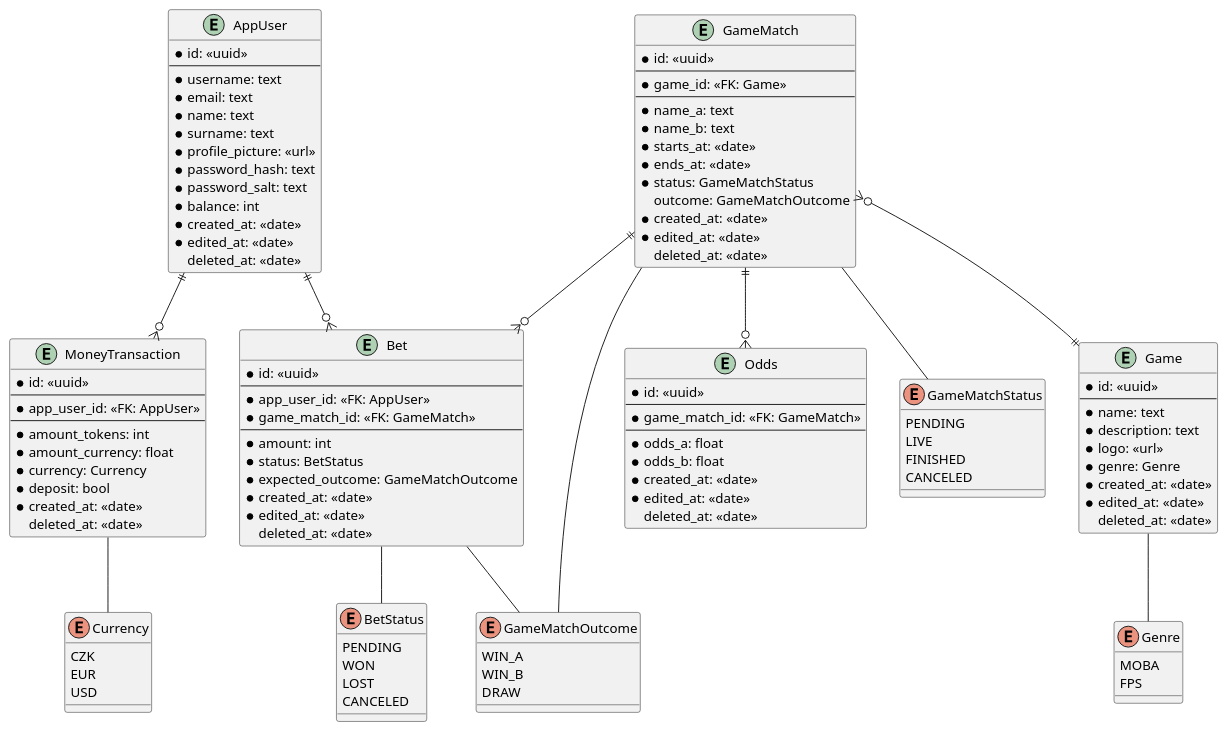
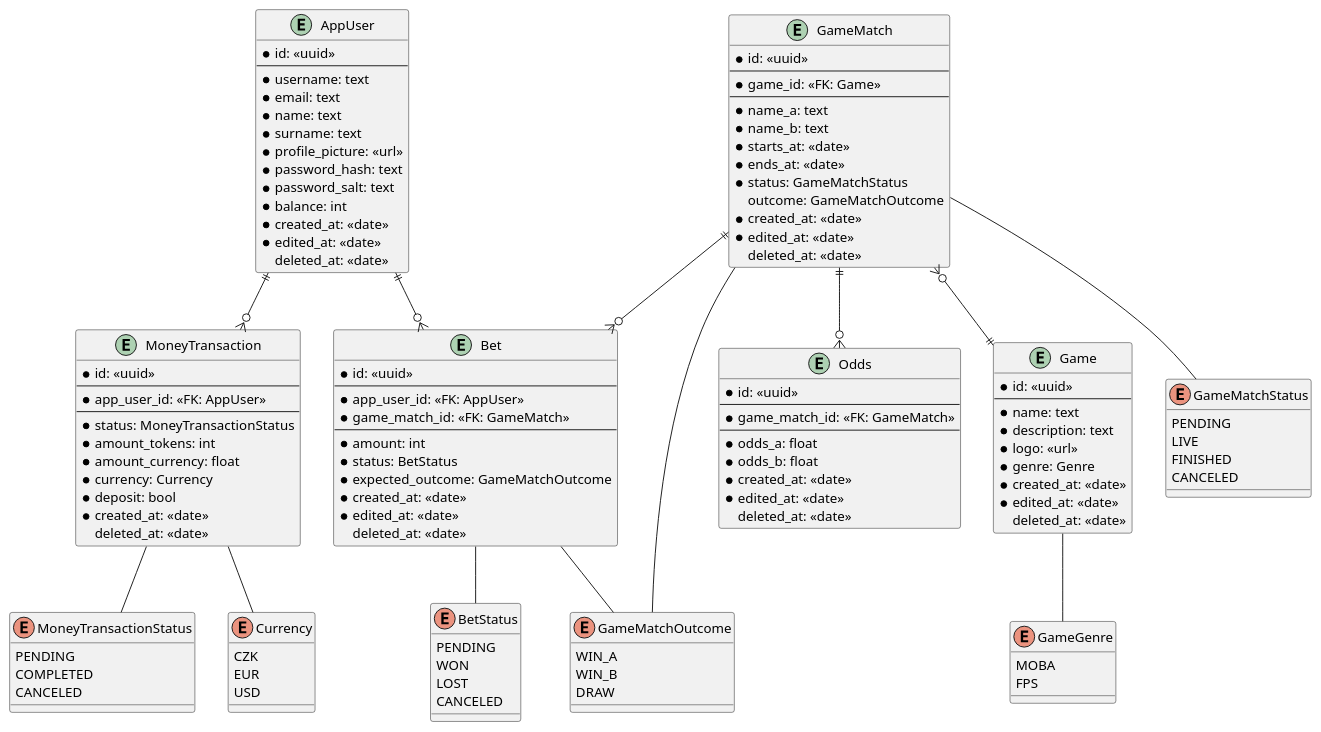
One commit to Average-Rust-Enjoyers/Starbet-Live changed the diagram in docs/starbet.puml. Above: the diagram before and after it, drawn with PlantUML. The commit also changed 14 other files, not shown here.

```diff
--- a/docs/starbet.puml
+++ b/docs/starbet.puml
@@ -1,129 +1,137 @@
 @startuml starbet-live
 
 entity AppUser {
     * id: <<uuid>>
     ---
     * username: text
     * email: text
     * name: text
     * surname: text
     * profile_picture: <<url>>
     * password_hash: text
     * password_salt: text
     * balance: int
     * created_at: <<date>>
     * edited_at: <<date>>
     deleted_at: <<date>>
 }
 
-entity GameMatch {
-    * id: <<uuid>>
-    ---
-    * game_id: <<FK: Game>>
-    ---
-    * name_a: text
-    * name_b: text
-    * starts_at: <<date>>
-    * ends_at: <<date>>
-    * status: GameMatchStatus
-    outcome: GameMatchOutcome
-    * created_at: <<date>>
-    * edited_at: <<date>>
-    deleted_at: <<date>>
-}
-
-enum GameMatchStatus {
-    PENDING
-    LIVE
-    FINISHED
-    CANCELED
-}
-
-enum BetStatus {
-    PENDING
-    WON
-    LOST
-    CANCELED
-}
-
-enum GameMatchOutcome {
-    WIN_A
-    WIN_B
-    DRAW
+enum GameGenre {
+    MOBA
+    FPS
 }
 
 entity Game {
     * id: <<uuid>>
     ---
     * name: text
     * description: text
     * logo: <<url>>
     * genre: Genre
     * created_at: <<date>>
     * edited_at: <<date>>
     deleted_at: <<date>>
 }
 
-entity Bet {
+enum GameMatchStatus {
+    PENDING
+    LIVE
+    FINISHED
+    CANCELED
+}
+
+enum GameMatchOutcome {
+    WIN_A
+    WIN_B
+    DRAW
+}
+
+entity GameMatch {
     * id: <<uuid>>
     ---
-    * app_user_id: <<FK: AppUser>>
-    * game_match_id: <<FK: GameMatch>>
+    * game_id: <<FK: Game>>
     ---
-    * amount: int
-    * status: BetStatus
-    * expected_outcome: GameMatchOutcome
+    * name_a: text
+    * name_b: text
+    * starts_at: <<date>>
+    * ends_at: <<date>>
+    * status: GameMatchStatus
+    outcome: GameMatchOutcome
     * created_at: <<date>>
     * edited_at: <<date>>
     deleted_at: <<date>>
 }
 
 entity Odds {
     * id: <<uuid>>
     ---
     * game_match_id: <<FK: GameMatch>>
     ---
     * odds_a: float
     * odds_b: float
     * created_at: <<date>>
     * edited_at: <<date>>
     deleted_at: <<date>>
 }
 
-entity MoneyTransaction {
+enum BetStatus {
+    PENDING
+    WON
+    LOST
+    CANCELED
+}
+
+entity Bet {
     * id: <<uuid>>
     ---
     * app_user_id: <<FK: AppUser>>
+    * game_match_id: <<FK: GameMatch>>
     ---
-    * amount_tokens: int
-    * amount_currency: float
-    * currency: Currency
-    * deposit: bool
+    * amount: int
+    * status: BetStatus
+    * expected_outcome: GameMatchOutcome
     * created_at: <<date>>
+    * edited_at: <<date>>
     deleted_at: <<date>>
 }
 
 enum Currency {
     CZK
     EUR
     USD
 }
 
-enum Genre {
-    MOBA
-    FPS
+enum MoneyTransactionStatus {
+    PENDING
+    COMPLETED
+    CANCELED
+}
+
+entity MoneyTransaction {
+    * id: <<uuid>>
+    ---
+    * app_user_id: <<FK: AppUser>>
+    ---
+    * status: MoneyTransactionStatus
+    * amount_tokens: int
+    * amount_currency: float
+    * currency: Currency
+    * deposit: bool
+    * created_at: <<date>>
+    deleted_at: <<date>>
 }
 
 GameMatch }o--|| Game
 GameMatch ||--o{ Bet
 GameMatch ||--o{ Odds
+GameMatch -- GameMatchStatus
+GameMatch -- GameMatchOutcome
 AppUser ||--o{ Bet
 AppUser ||--o{ MoneyTransaction
-GameMatch -- GameMatchStatus
-Game -- Genre
+Game -- GameGenre
 MoneyTransaction -- Currency
+MoneyTransaction -- MoneyTransactionStatus 
 Bet -- BetStatus
 Bet -- GameMatchOutcome
-GameMatch -- GameMatchOutcome
 
 @enduml
```
